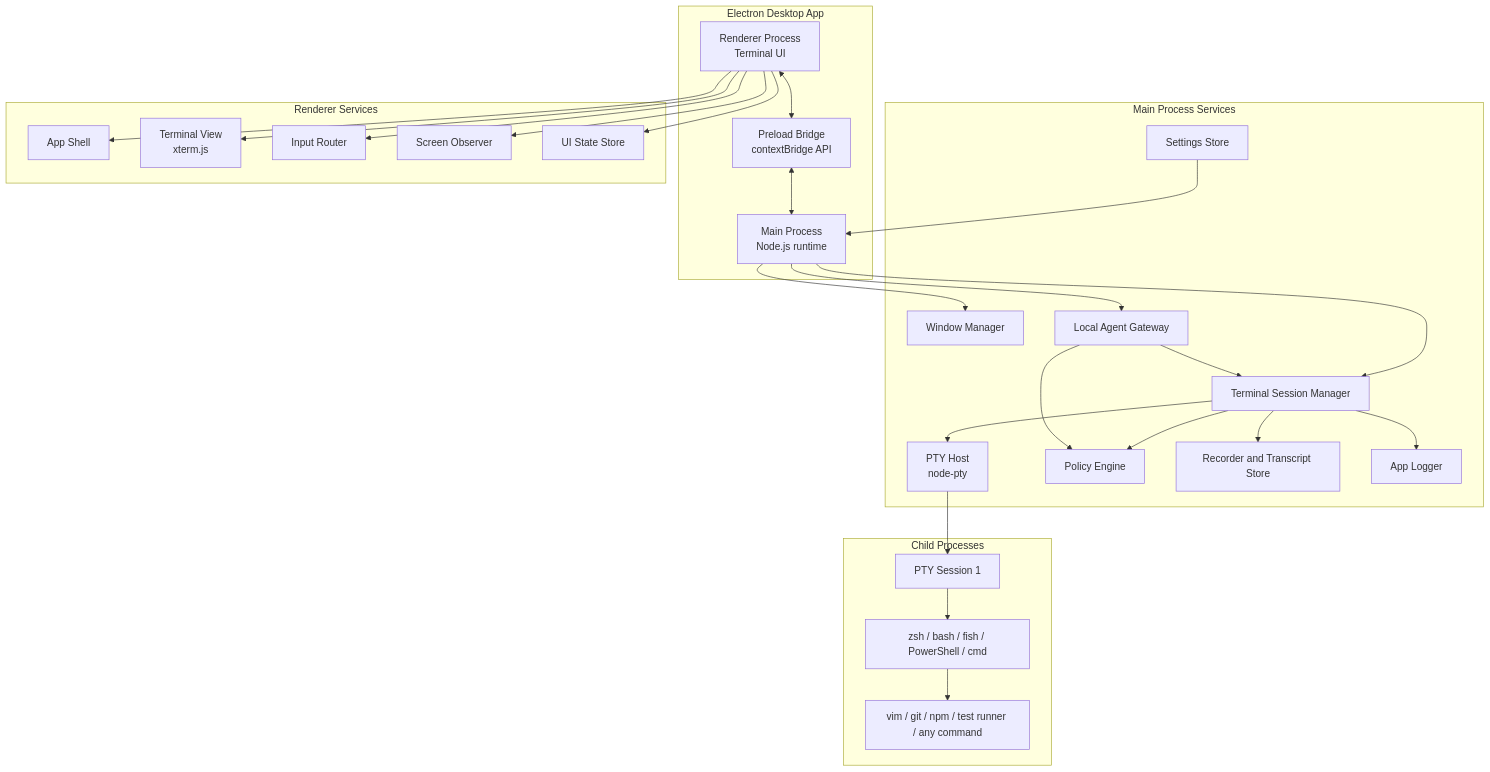
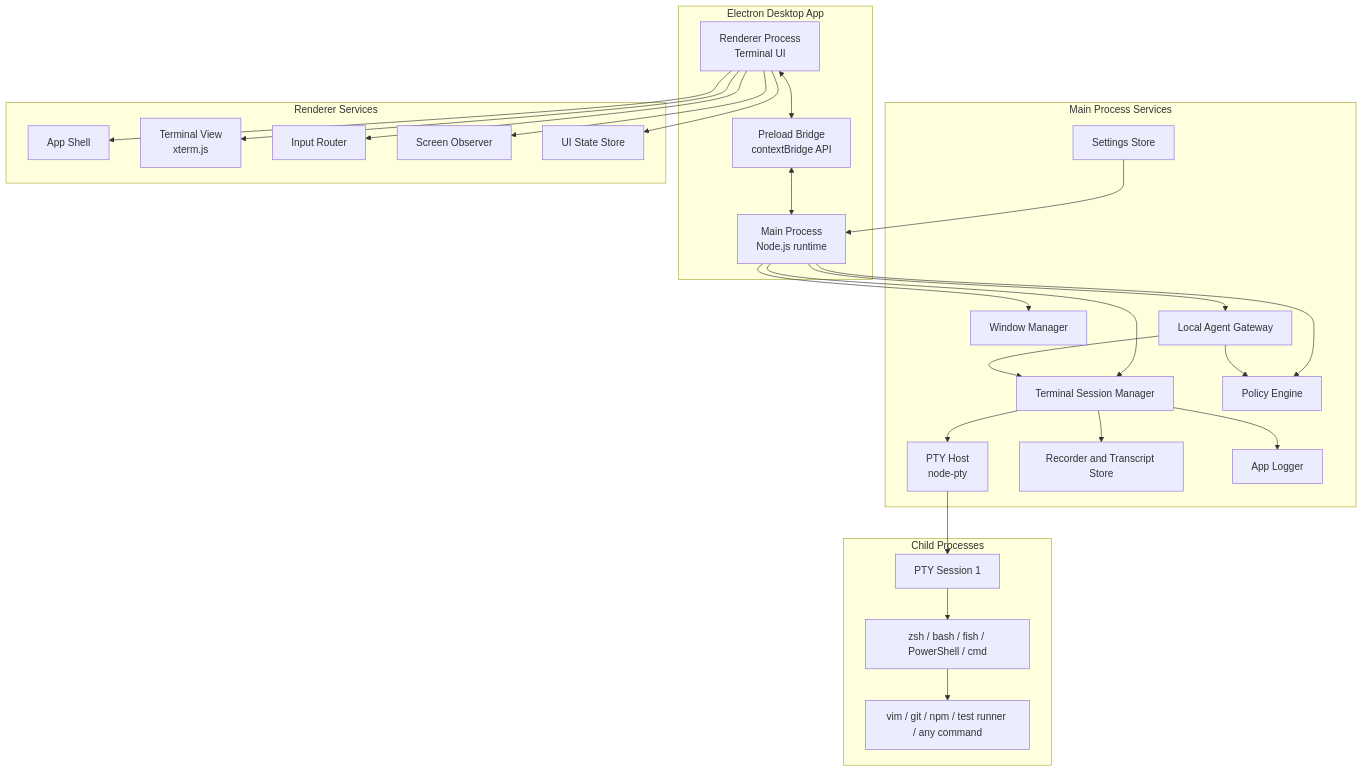
Before and after one commit to procontexthq/procontext-terminal: the second of 10 diagrams in docs/specs/terminal-architecture.md, drawn with Mermaid. The commit also changed other lines of this file and 38 other files, not shown here.

````diff
--- a/docs/specs/terminal-architecture.md
+++ b/docs/specs/terminal-architecture.md
@@ -98,54 +103,54 @@
 ```mermaid
 flowchart TB
   subgraph ElectronApp["Electron Desktop App"]
     Main["Main Process\nNode.js runtime"]
     Preload["Preload Bridge\ncontextBridge API"]
     Renderer["Renderer Process\nTerminal UI"]
   end
 
   subgraph MainServices["Main Process Services"]
     WindowManager["Window Manager"]
     SessionManager["Terminal Session Manager"]
     PtyHost["PTY Host\nnode-pty"]
     AgentGateway["Local Agent Gateway"]
     PolicyEngine["Policy Engine"]
     Recorder["Recorder and Transcript Store"]
     Settings["Settings Store"]
     Logger["App Logger"]
   end
 
   subgraph RendererServices["Renderer Services"]
     AppShell["App Shell"]
     TerminalView["Terminal View\nxterm.js"]
     InputRouter["Input Router"]
     ScreenObserver["Screen Observer"]
     UiState["UI State Store"]
   end
 
   subgraph ChildProcesses["Child Processes"]
     Pty1["PTY Session 1"]
     Shell1["zsh / bash / fish / PowerShell / cmd"]
     App1["vim / git / npm / test runner / any command"]
   end
 
   Renderer <--> Preload
   Preload <--> Main
   Main --> WindowManager
   Main --> SessionManager
   Main --> AgentGateway
-  SessionManager --> PolicyEngine
+  Main --> PolicyEngine
   SessionManager --> PtyHost
   SessionManager --> Recorder
   SessionManager --> Logger
   AgentGateway --> PolicyEngine
   AgentGateway --> SessionManager
   Settings --> Main
   Renderer --> AppShell
   Renderer --> TerminalView
   Renderer --> InputRouter
   Renderer --> ScreenObserver
   Renderer --> UiState
   PtyHost --> Pty1
   Pty1 --> Shell1
   Shell1 --> App1
 ```
````
